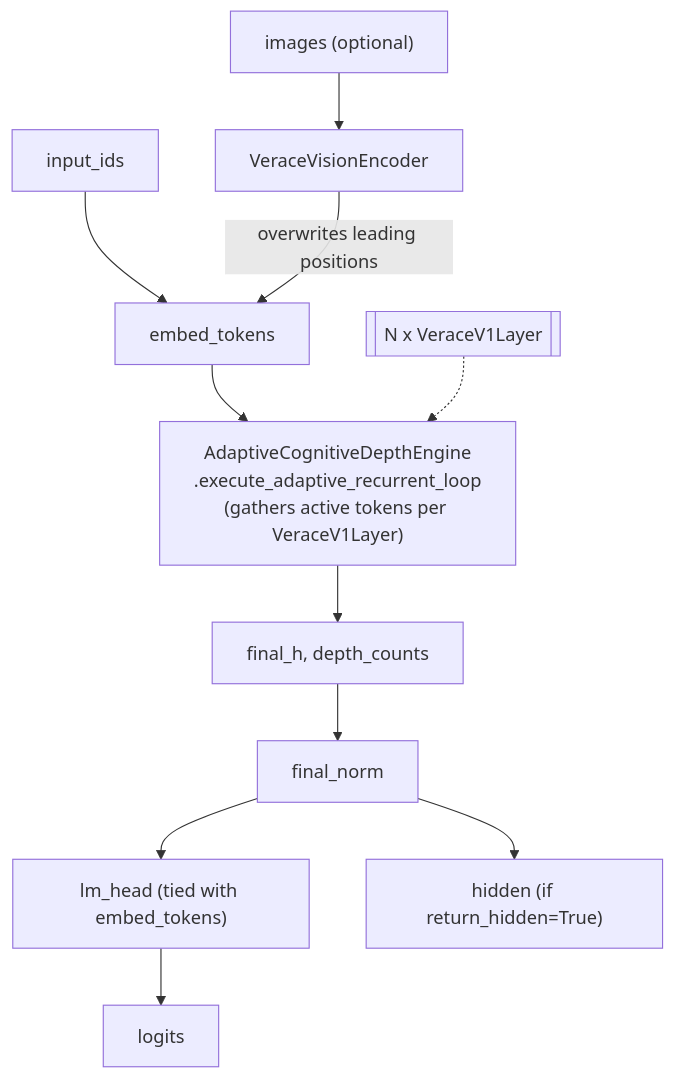
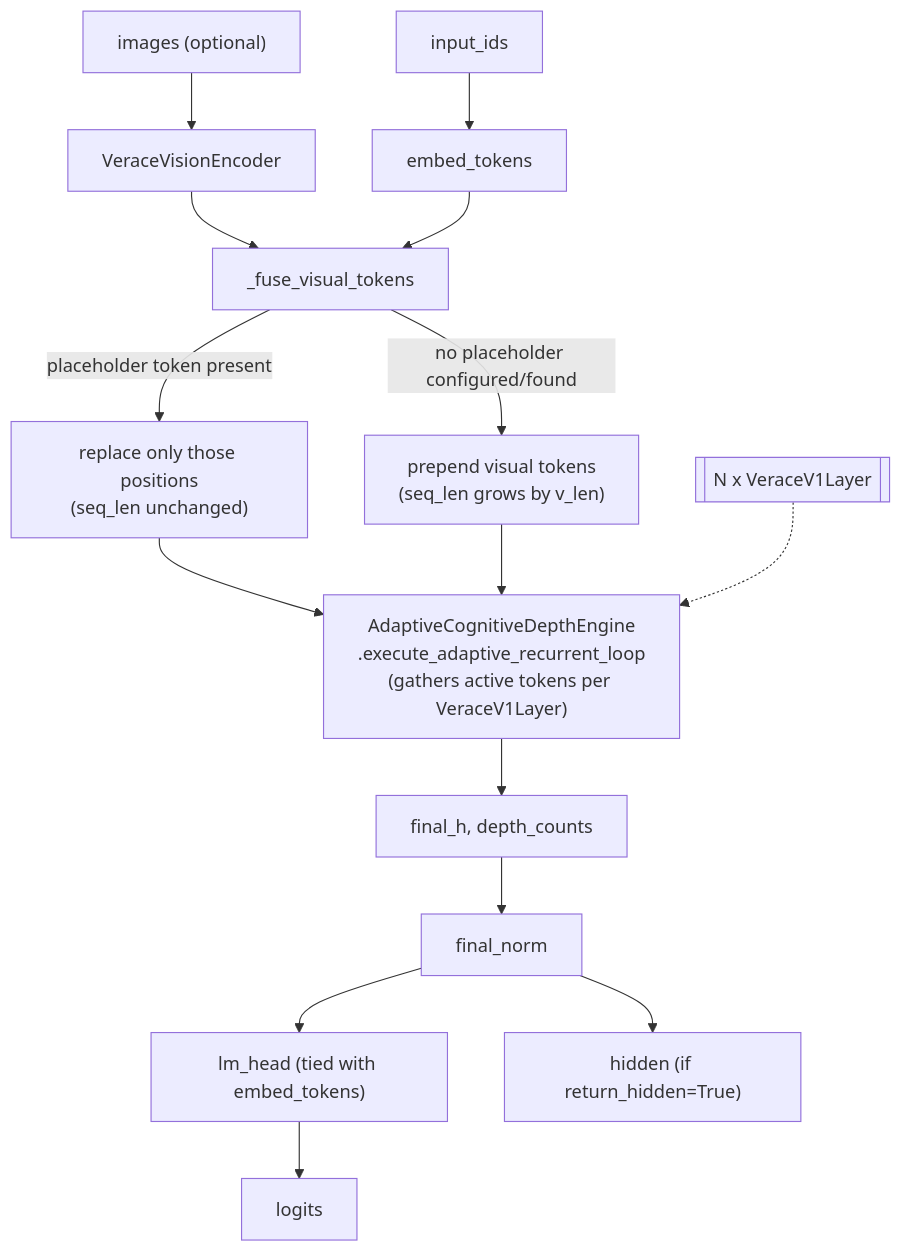
The second of 2 diagrams in docs/modules/backbone.md (Verace-Pvt-Ltd/Verace-V1), drawn with Mermaid before and after one commit. The commit also changed other lines of this file and 10 other files, not shown here.

First line of the commit message:
fix: stop vision fusion from silently overwriting leading text tokens

````diff
--- a/docs/modules/backbone.md
+++ b/docs/modules/backbone.md
@@ -96,13 +128,17 @@
 ```mermaid
 flowchart TD
     TOK["input_ids"] --> EMB["embed_tokens"]
     IMG["images (optional)"] --> VIS["VeraceVisionEncoder"]
-    VIS -- "overwrites leading positions" --> EMB
-    EMB --> ACD["AdaptiveCognitiveDepthEngine\n.execute_adaptive_recurrent_loop\n(gathers active tokens per VeraceV1Layer)"]
+    VIS --> FUSE["_fuse_visual_tokens"]
+    EMB --> FUSE
+    FUSE -- "placeholder token present" --> REPLACE["replace only those positions\n(seq_len unchanged)"]
+    FUSE -- "no placeholder configured/found" --> PREPEND["prepend visual tokens\n(seq_len grows by v_len)"]
+    REPLACE --> ACD["AdaptiveCognitiveDepthEngine\n.execute_adaptive_recurrent_loop\n(gathers active tokens per VeraceV1Layer)"]
+    PREPEND --> ACD
     LAYERS[["N x VeraceV1Layer"]] -.-> ACD
     ACD --> FH["final_h, depth_counts"]
     FH --> FN["final_norm"]
     FN --> LMHEAD["lm_head (tied with embed_tokens)"]
     LMHEAD --> LOGITS["logits"]
     FN --> HIDDEN["hidden (if return_hidden=True)"]
 ```
````
